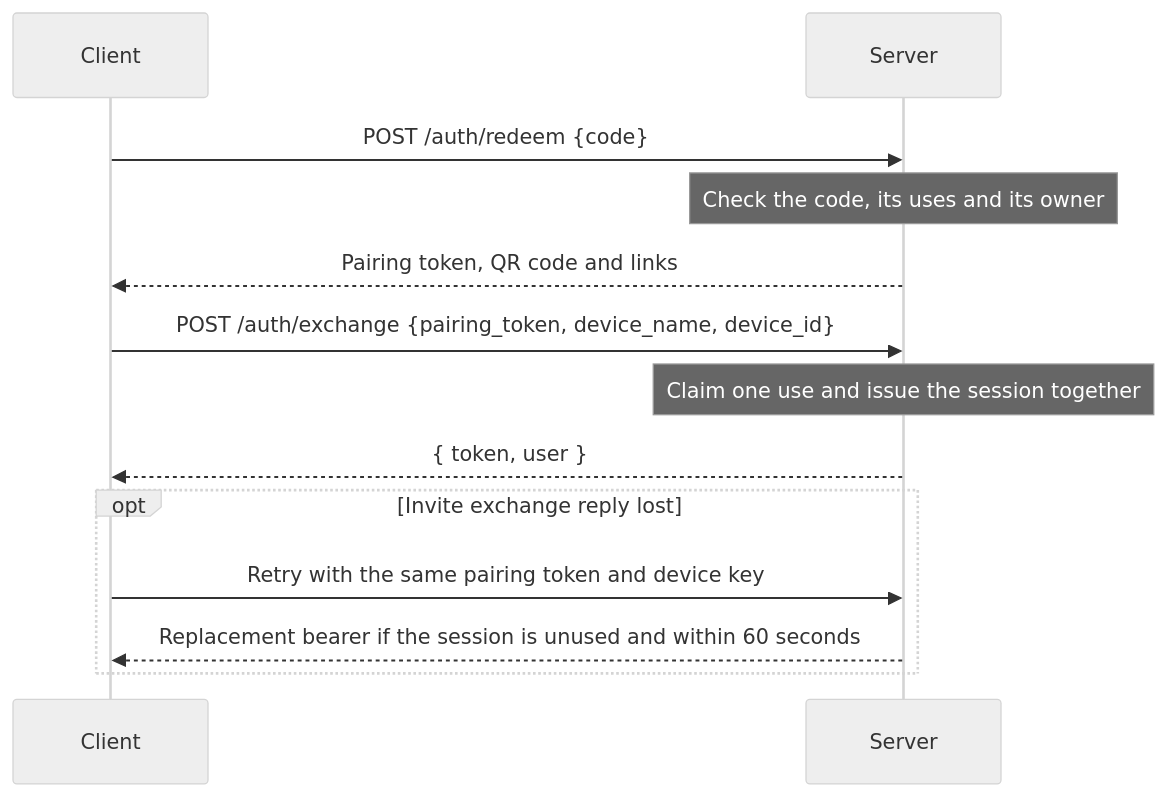
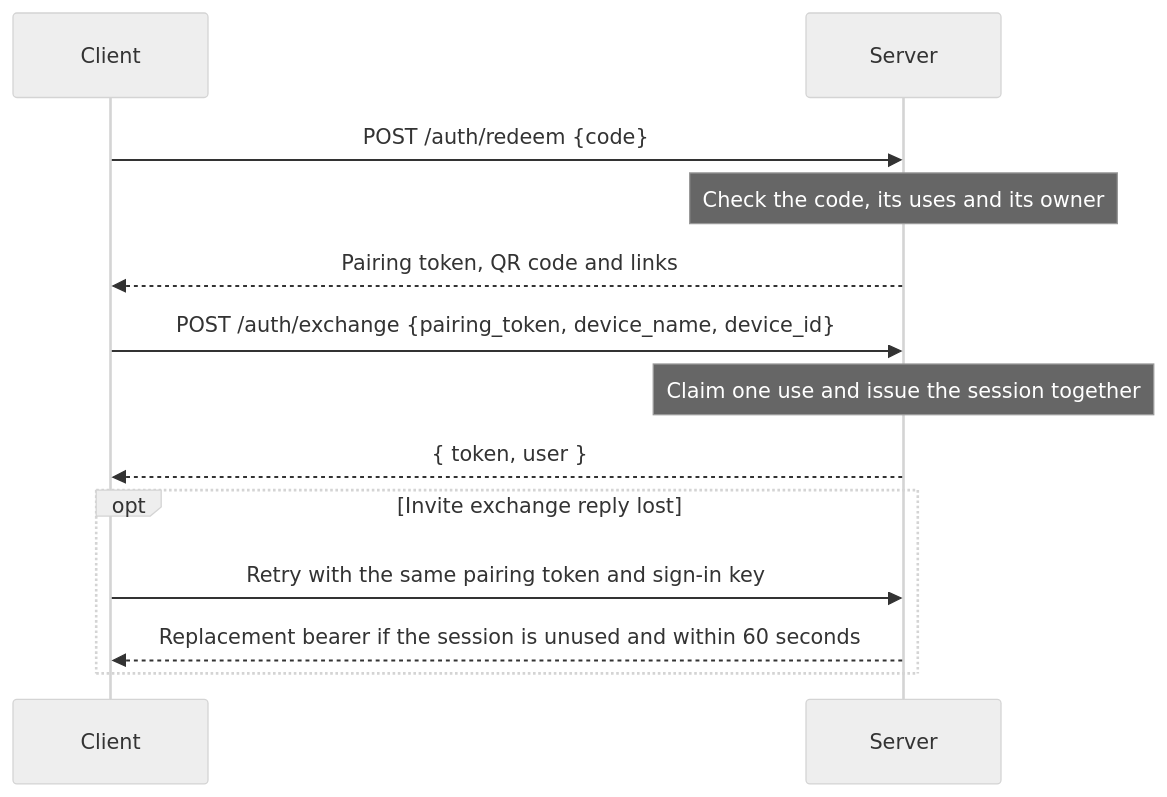
One commit to KodeStar/audiosilo-docs changed the diagram in docs-developers/server/auth-and-security.md. Above: the diagram before and after it, drawn with Mermaid (neutral theme). The commit also changed 9 other files, not shown here.

First line of the commit message:
Keep the invite first-use rule on one page and name the sign-in key once

````diff
--- a/docs-developers/server/auth-and-security.md
+++ b/docs-developers/server/auth-and-security.md
@@ -521,15 +521,15 @@
 ```mermaid
 sequenceDiagram
     participant C as Client
     participant S as Server
     C->>S: POST /auth/redeem {code}
     Note over S: Check the code, its uses and its owner
     S-->>C: Pairing token, QR code and links
     C->>S: POST /auth/exchange {pairing_token, device_name, device_id}
     Note over S: Claim one use and issue the session together
     S-->>C: { token, user }
     opt Invite exchange reply lost
-        C->>S: Retry with the same pairing token and device key
+        C->>S: Retry with the same pairing token and sign-in key
         S-->>C: Replacement bearer if the session is unused and within 60 seconds
     end
 ```
````
